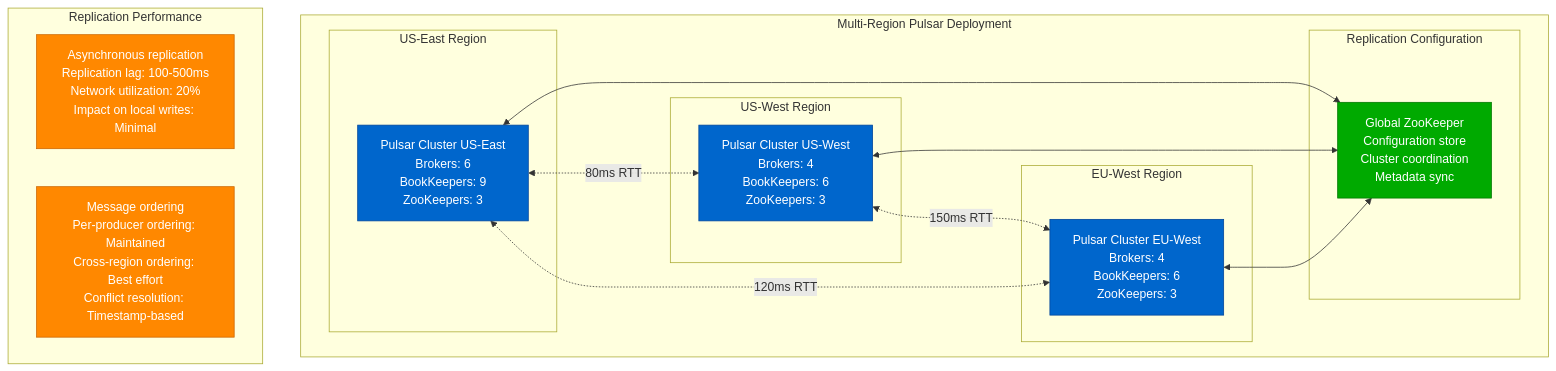
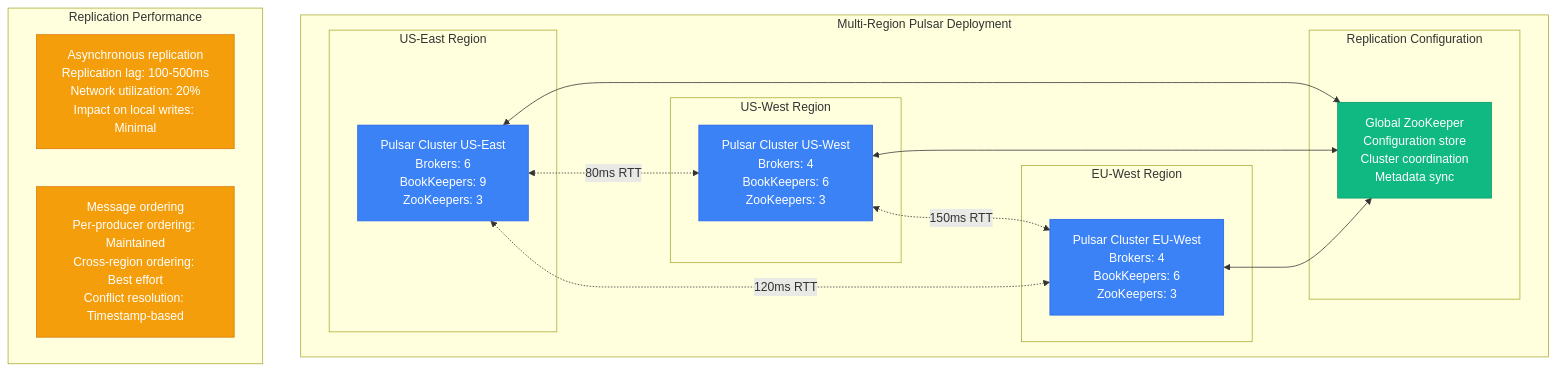
One commit to deepaucksharma/DS changed the third of 11 diagrams in site/docs/performance/pulsar-performance-profile.md. Above: the diagram before and after it, drawn with Mermaid. The commit also changed other lines of this file and 303 other files, not shown here.

````diff
--- a/site/docs/performance/pulsar-performance-profile.md
+++ b/site/docs/performance/pulsar-performance-profile.md
@@ -94,42 +94,42 @@
 ```mermaid
 graph TB
     subgraph "Multi-Region Pulsar Deployment"
         subgraph "US-East Region"
             USE1[Pulsar Cluster US-East<br/>Brokers: 6<br/>BookKeepers: 9<br/>ZooKeepers: 3]
         end
 
         subgraph "US-West Region"
             USW1[Pulsar Cluster US-West<br/>Brokers: 4<br/>BookKeepers: 6<br/>ZooKeepers: 3]
         end
 
         subgraph "EU-West Region"
             EUW1[Pulsar Cluster EU-West<br/>Brokers: 4<br/>BookKeepers: 6<br/>ZooKeepers: 3]
         end
 
         subgraph "Replication Configuration"
             REPL[Global ZooKeeper<br/>Configuration store<br/>Cluster coordination<br/>Metadata sync]
         end
 
         USE1 <--> REPL
         USW1 <--> REPL
         EUW1 <--> REPL
 
         USE1 <-.->|80ms RTT| USW1
         USW1 <-.->|150ms RTT| EUW1
         EUW1 <-.->|120ms RTT| USE1
     end
 
     subgraph "Replication Performance"
         RP1[Asynchronous replication<br/>Replication lag: 100-500ms<br/>Network utilization: 20%<br/>Impact on local writes: Minimal]
 
         RP2[Message ordering<br/>Per-producer ordering: Maintained<br/>Cross-region ordering: Best effort<br/>Conflict resolution: Timestamp-based]
     end
 
-    classDef regionStyle fill:#0066CC,stroke:#004499,color:#fff
-    classDef replStyle fill:#00AA00,stroke:#007700,color:#fff
-    classDef perfStyle fill:#FF8800,stroke:#CC6600,color:#fff
+    classDef regionStyle fill:#3B82F6,stroke:#2563EB,color:#fff
+    classDef replStyle fill:#10B981,stroke:#059669,color:#fff
+    classDef perfStyle fill:#F59E0B,stroke:#D97706,color:#fff
 
     class USE1,USW1,EUW1 regionStyle
     class REPL replStyle
     class RP1,RP2 perfStyle
 ```
````
